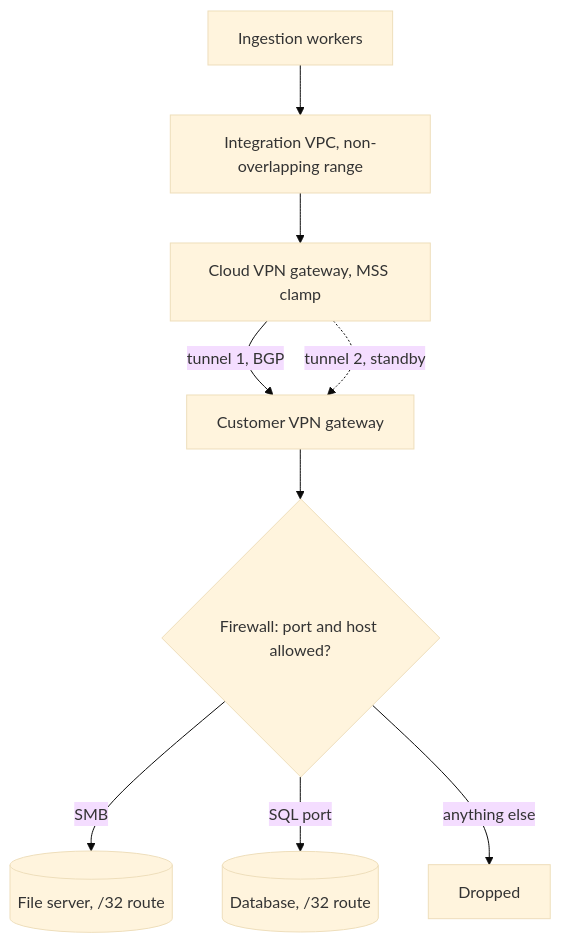
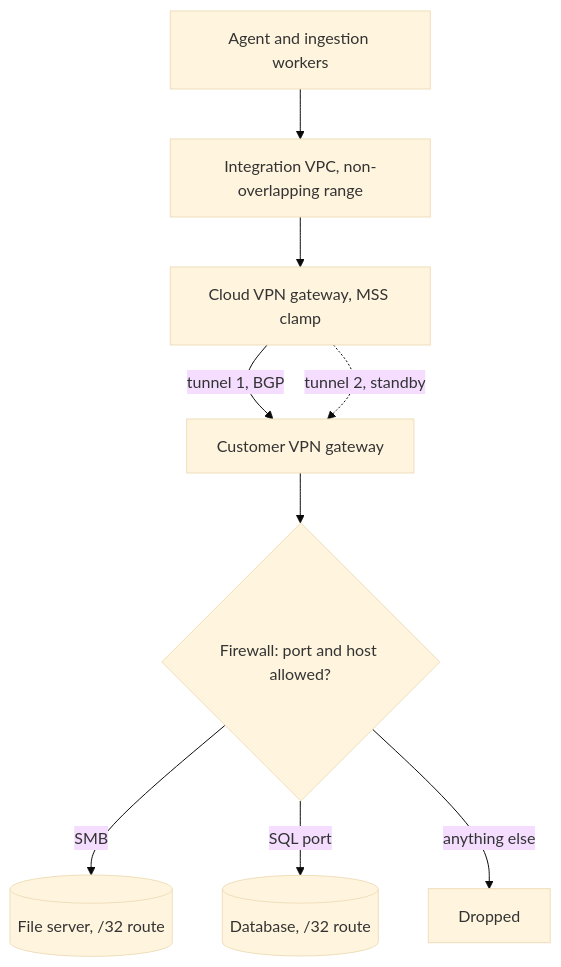
Before and after one commit to lovishmahajan97/agentic-learning: the diagram in content/deployment/vpn.md, drawn with Mermaid (base theme). The commit also changed other lines of this file and 454 other files, not shown here.

````diff
--- a/content/deployment/vpn.md
+++ b/content/deployment/vpn.md
@@ -121,11 +139,11 @@
 ```mermaid
 flowchart TD
-    W["Ingestion workers"] --> IV["Integration VPC, non-overlapping range"]
+    W["Agent and ingestion workers"] --> IV["Integration VPC, non-overlapping range"]
     IV --> G["Cloud VPN gateway, MSS clamp"]
     G -->|"tunnel 1, BGP"| CG["Customer VPN gateway"]
     G -.->|"tunnel 2, standby"| CG
     CG --> FW{"Firewall: port and host allowed?"}
     FW -->|"SMB"| FS[("File server, /32 route")]
     FW -->|"SQL port"| DB[("Database, /32 route")]
     FW -->|"anything else"| X["Dropped"]
 ```
````
